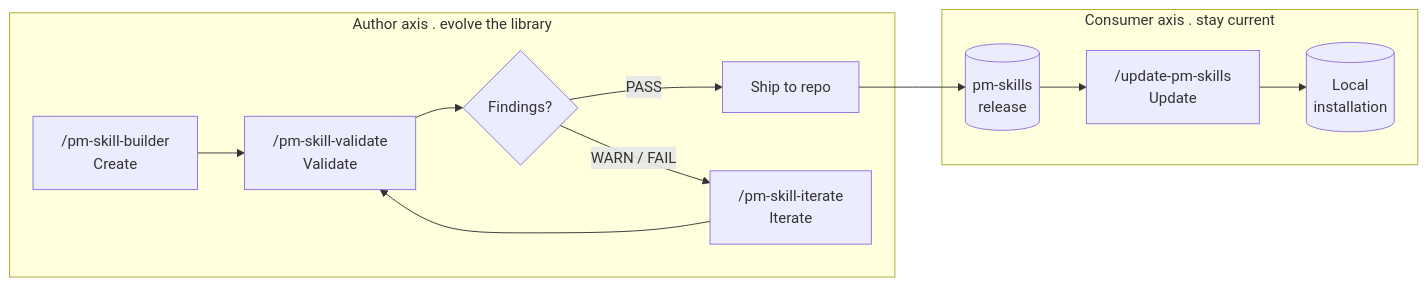
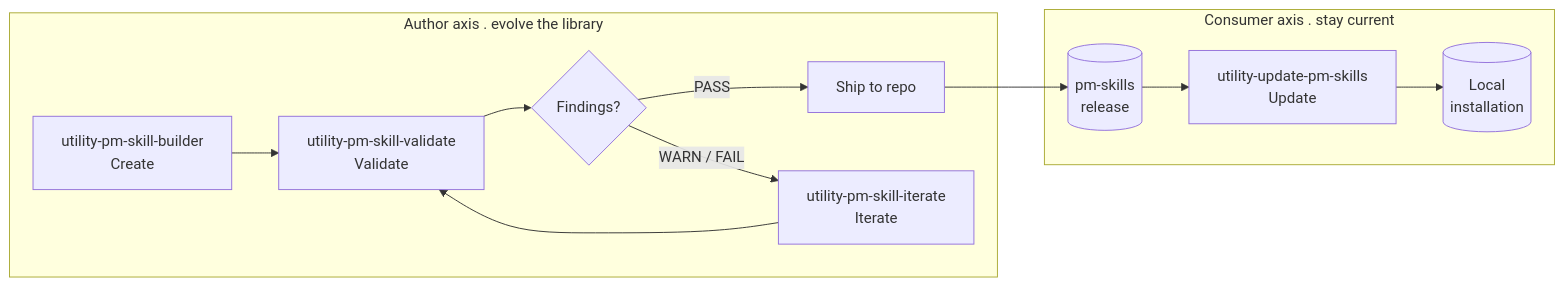
The first of 3 diagrams in docs/guides/pm-skill-lifecycle.md (product-on-purpose/pm-skills), drawn with Mermaid before and after one commit. The commit also changed other lines of this file and 187 other files, not shown here.

````diff
--- a/docs/guides/pm-skill-lifecycle.md
+++ b/docs/guides/pm-skill-lifecycle.md
@@ -17,17 +17,17 @@
 ```mermaid
 flowchart LR
     subgraph Author["Author axis . evolve the library"]
-        Create["/pm-skill-builder<br/>Create"] --> Validate["/pm-skill-validate<br/>Validate"]
+        Create["utility-pm-skill-builder<br/>Create"] --> Validate["utility-pm-skill-validate<br/>Validate"]
         Validate --> Decision{Findings?}
         Decision -- "PASS" --> Ship["Ship to repo"]
-        Decision -- "WARN / FAIL" --> Iterate["/pm-skill-iterate<br/>Iterate"]
+        Decision -- "WARN / FAIL" --> Iterate["utility-pm-skill-iterate<br/>Iterate"]
         Iterate --> Validate
     end
 
     Ship --> Release[(pm-skills<br/>release)]
 
     subgraph Consumer["Consumer axis . stay current"]
-        Release --> Update["/update-pm-skills<br/>Update"]
+        Release --> Update["utility-update-pm-skills<br/>Update"]
         Update --> Local[(Local<br/>installation)]
     end
 ```
````
